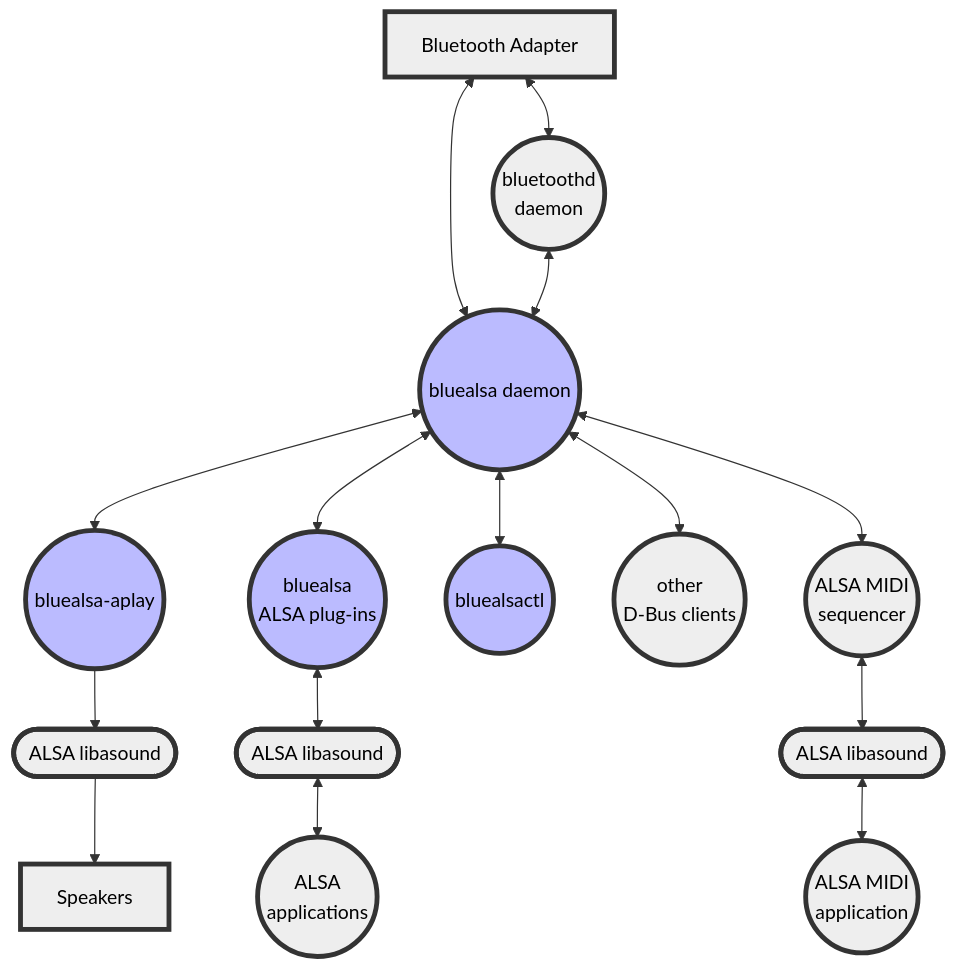
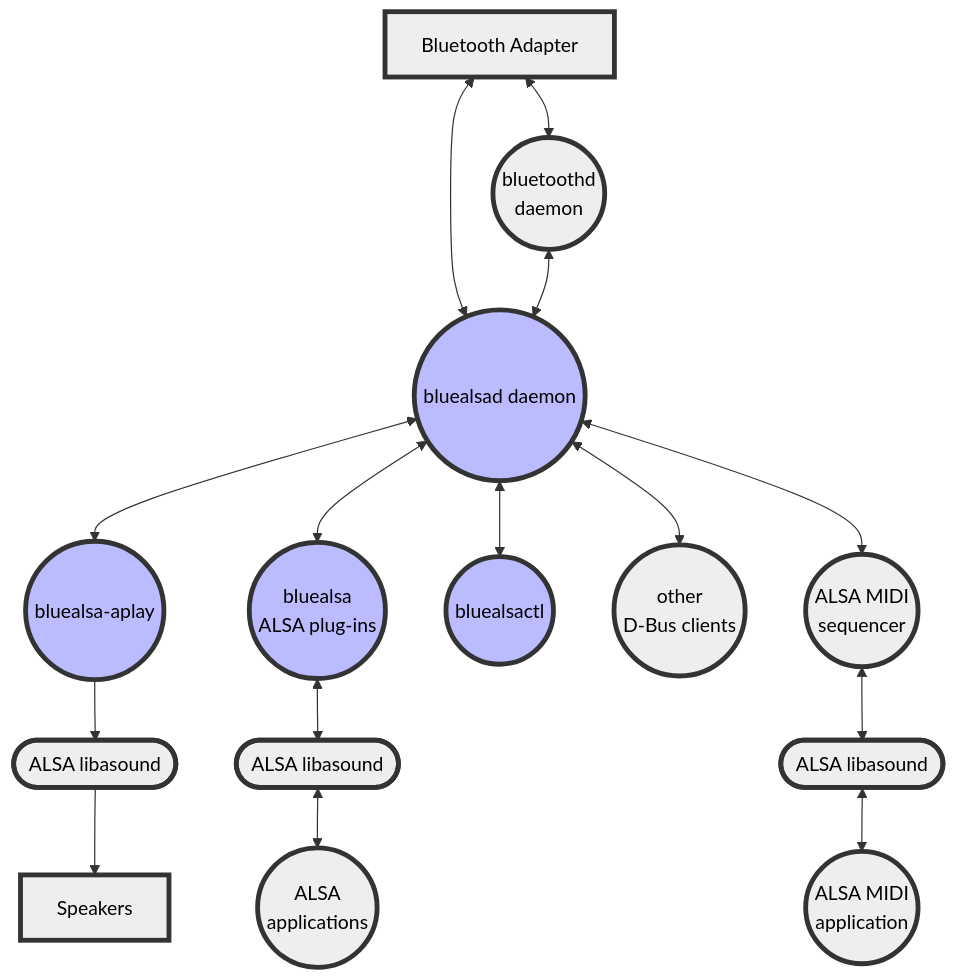
Before and after one commit to arkq/bluez-alsa: the diagram in README.md, drawn with Mermaid. The commit also changed other lines of this file and 32 other files, not shown here.

````diff
--- a/README.md
+++ b/README.md
@@ -42,23 +51,23 @@
 ```mermaid
 flowchart TD
 classDef external fill:#eee,stroke:#333,stroke-width:4px,color:black;
 classDef bluealsa fill:#bbf,stroke:#333,stroke-width:4px,color:black;
 
 A[Bluetooth Adapter] <--> B((bluetoothd\ndaemon))
-A <--> C((bluealsa daemon))
+A <--> C((bluealsad daemon))
 B <--> C
 C <--> D((bluealsa-aplay))
 D --> E([ALSA libasound])
 E --> K[Speakers]
 C <--> F((bluealsa\nALSA plug-ins))
 C <--> G((bluealsactl))
 F <--> H([ALSA libasound])
 H <--> I((ALSA\napplications))
 C <--> J((other\nD-Bus clients))
 C <--> L((ALSA MIDI\nsequencer))
 L <--> M([ALSA libasound])
 M <--> N((ALSA MIDI\napplication))
 
 class A,B,E,H,I,J,K,L,M,N external;
 class C,D,F,G bluealsa;
 ```
````
